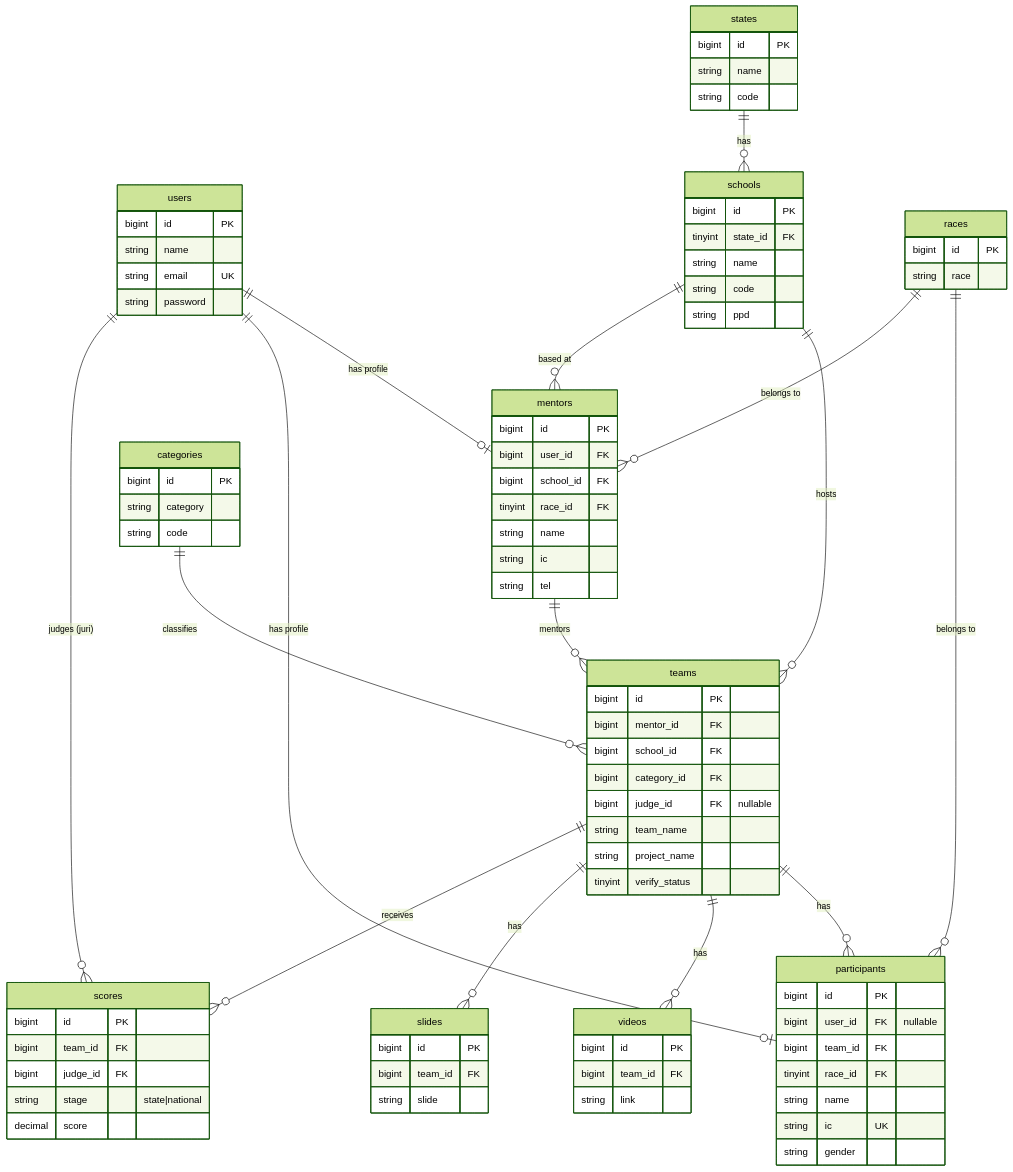
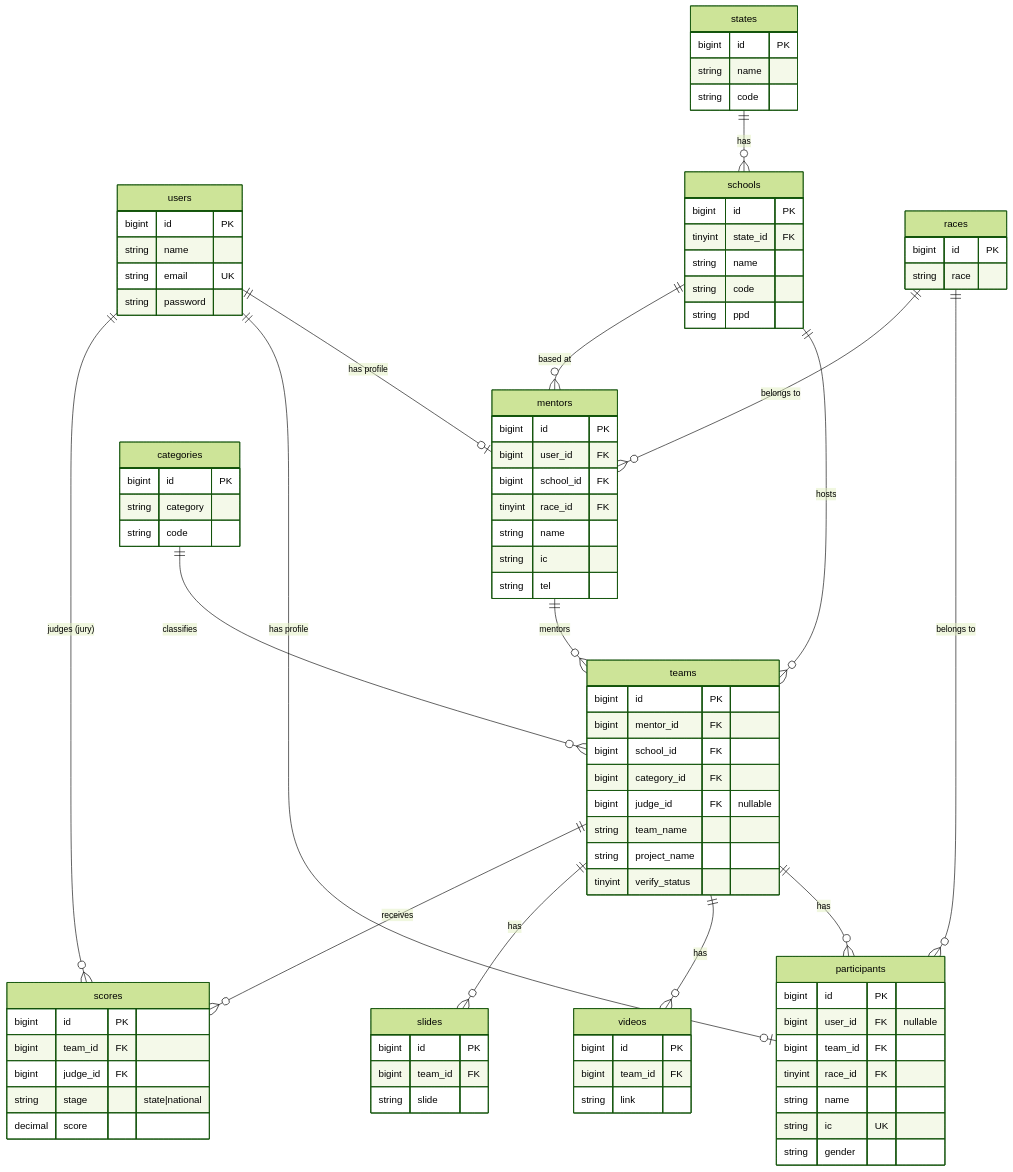
The diagram in docs/backend/schema.md (StreamDotMySolutions/junior_innovathon_2026), drawn with Mermaid (forest theme) before and after one commit. The commit also changed other lines of this file and 4 other files, not shown here.

First line of the commit message:
Rename roles: juri to jury, awam to public

````diff
--- a/docs/backend/schema.md
+++ b/docs/backend/schema.md
@@ -29,74 +29,74 @@
 ```mermaid
 erDiagram
     users ||--o| mentors : "has profile"
     users ||--o| participants : "has profile"
-    users ||--o{ scores : "judges (juri)"
+    users ||--o{ scores : "judges (jury)"
 
     states ||--o{ schools : has
     schools ||--o{ teams : hosts
     schools ||--o{ mentors : "based at"
 
     categories ||--o{ teams : classifies
     races ||--o{ participants : "belongs to"
     races ||--o{ mentors : "belongs to"
 
     mentors ||--o{ teams : mentors
     teams ||--o{ participants : has
     teams ||--o{ videos : has
     teams ||--o{ slides : has
     teams ||--o{ scores : receives
 
     users {
         bigint id PK
         string name
         string email UK
         string password
     }
     mentors {
         bigint id PK
         bigint user_id FK
         bigint school_id FK
         tinyint race_id FK
         string name
         string ic
         string tel
     }
     participants {
         bigint id PK
         bigint user_id FK "nullable"
         bigint team_id FK
         tinyint race_id FK
         string name
         string ic UK
         string gender
     }
     teams {
         bigint id PK
         bigint mentor_id FK
         bigint school_id FK
         bigint category_id FK
         bigint judge_id FK "nullable"
         string team_name
         string project_name
         tinyint verify_status
     }
     schools {
         bigint id PK
         tinyint state_id FK
         string name
         string code
         string ppd
     }
     scores {
         bigint id PK
         bigint team_id FK
         bigint judge_id FK
         string stage "state|national"
         decimal score
     }
     videos { bigint id PK bigint team_id FK string link }
     slides { bigint id PK bigint team_id FK string slide }
     categories { bigint id PK string category string code }
     states { bigint id PK string name string code }
     races { bigint id PK string race }
 ```
````
